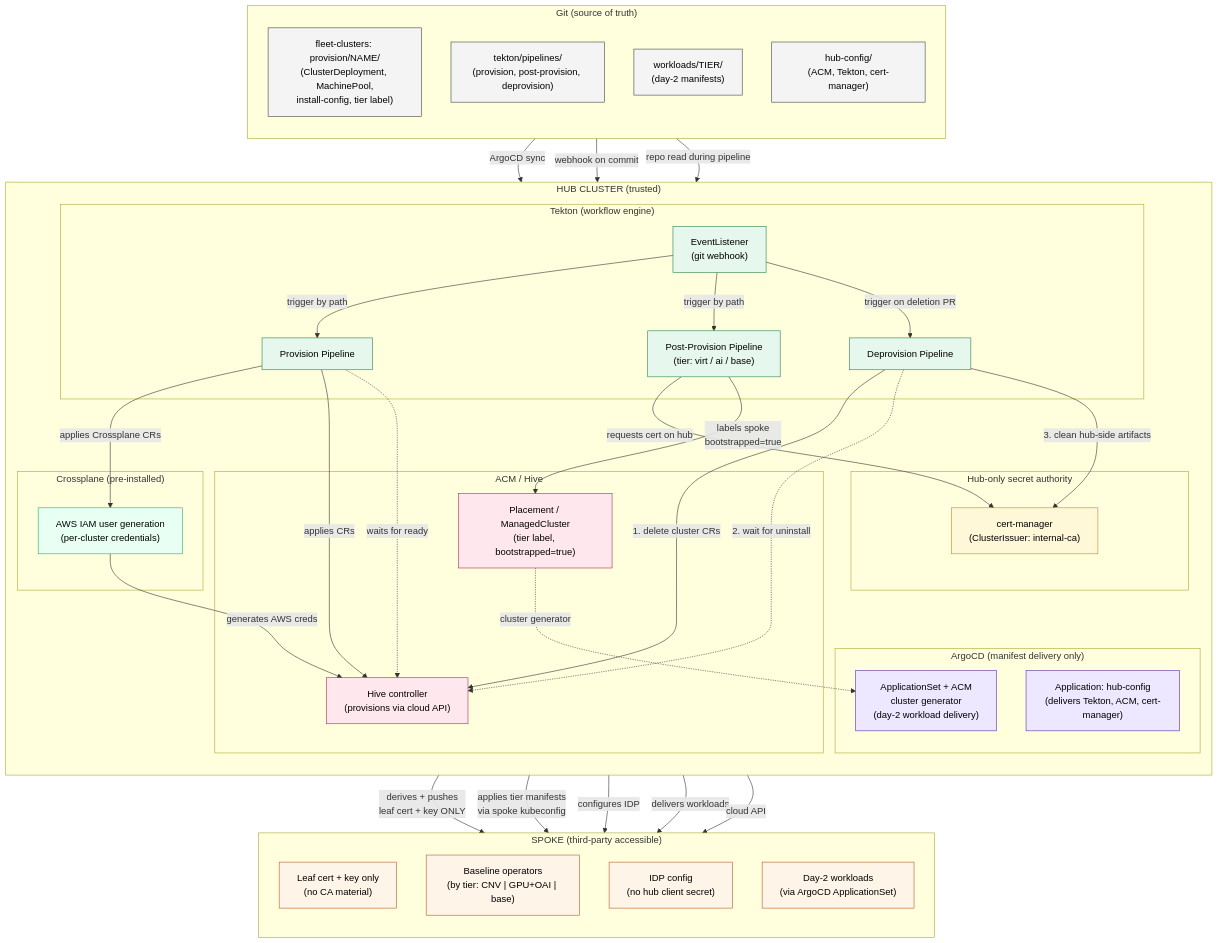
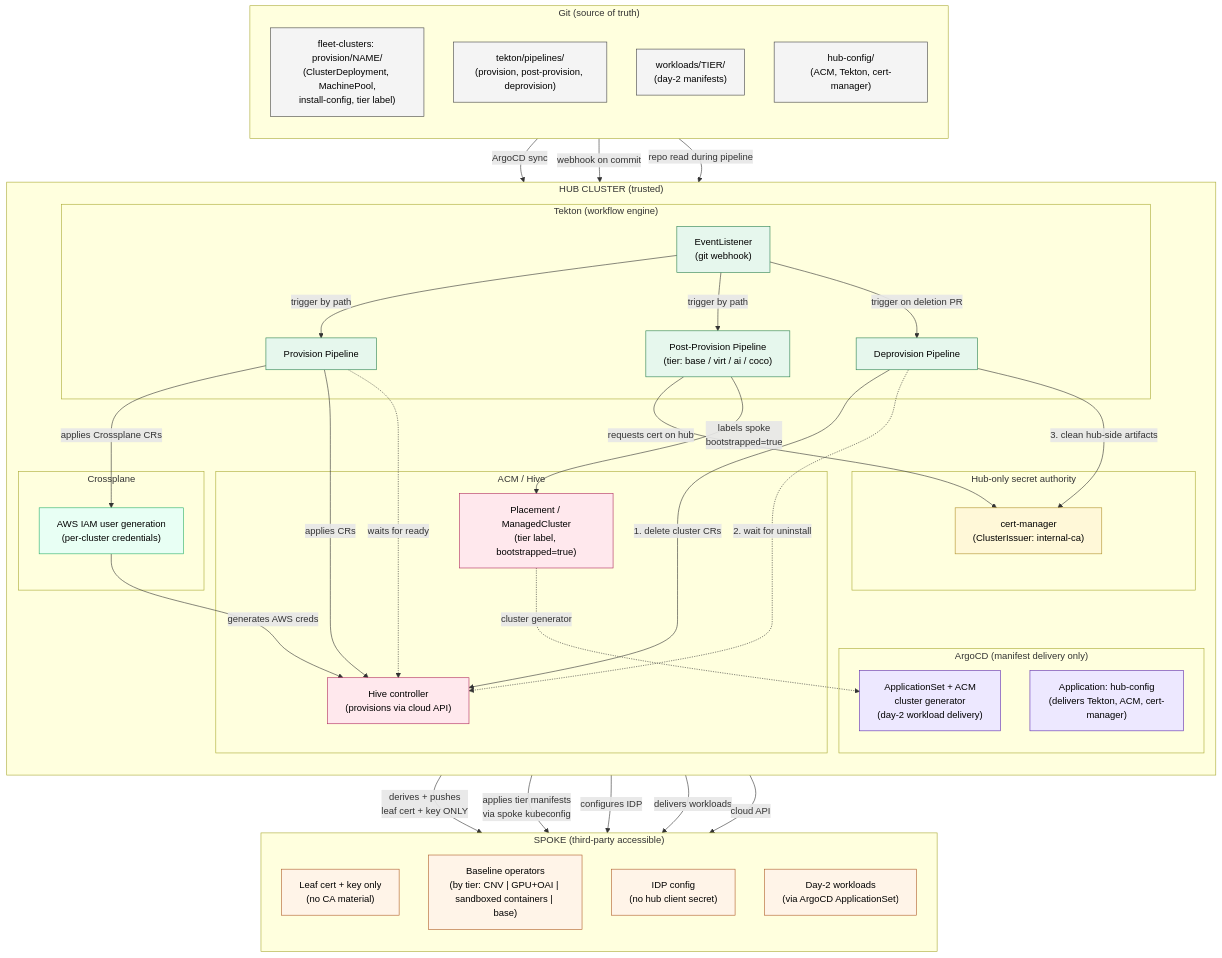
One commit to redhat-openshift-partner-labs/fleet changed the first of 4 diagrams in docs/architecture.md. Above: the diagram before and after it, drawn with Mermaid. The commit also changed 2 other files, not shown here.

Commit message:
docs(diagrams): correct the target architecture diagram and add its SVG
The diagram file showed clusters/NAME/ where the copy in architecture.md shows fleet-clusters: provision/NAME/. Both copies omitted the coco tier and labelled Crossplane as pre-installed, although hub-config/crossplane installs it. Both copies now hold the same text.

target-architecture.svg is rendered from the mermaid source with mmdc 12.0.0 and a white background.

```diff
--- a/docs/architecture.md
+++ b/docs/architecture.md
@@ -121,7 +121,7 @@
         subgraph Tekton["Tekton (workflow engine)"]
             EL["EventListener<br/>(git webhook)"]
             ProvisionPipeline["Provision Pipeline"]
-            PostProvisionPipeline["Post-Provision Pipeline<br/>(tier: virt / ai / base)"]
+            PostProvisionPipeline["Post-Provision Pipeline<br/>(tier: base / virt / ai / coco)"]
             DeprovisionPipeline["Deprovision Pipeline"]
         end
 
@@ -129,7 +129,7 @@
             CertMgr["cert-manager<br/>(ClusterIssuer: internal-ca)"]
         end
 
-        subgraph Crossplane["Crossplane (pre-installed)"]
+        subgraph Crossplane["Crossplane"]
             IAMGen["AWS IAM user generation<br/>(per-cluster credentials)"]
         end
     end
@@ -137,7 +137,7 @@
     subgraph Spoke["SPOKE (third-party accessible)"]
         direction TB
         SpokeLeaf["Leaf cert + key only<br/>(no CA material)"]
-        SpokeBaseline["Baseline operators<br/>(by tier: CNV | GPU+OAI | base)"]
+        SpokeBaseline["Baseline operators<br/>(by tier: CNV | GPU+OAI | sandboxed containers | base)"]
         SpokeIDP["IDP config<br/>(no hub client secret)"]
         SpokeWorkloads["Day-2 workloads<br/>(via ArgoCD ApplicationSet)"]
     end
```
